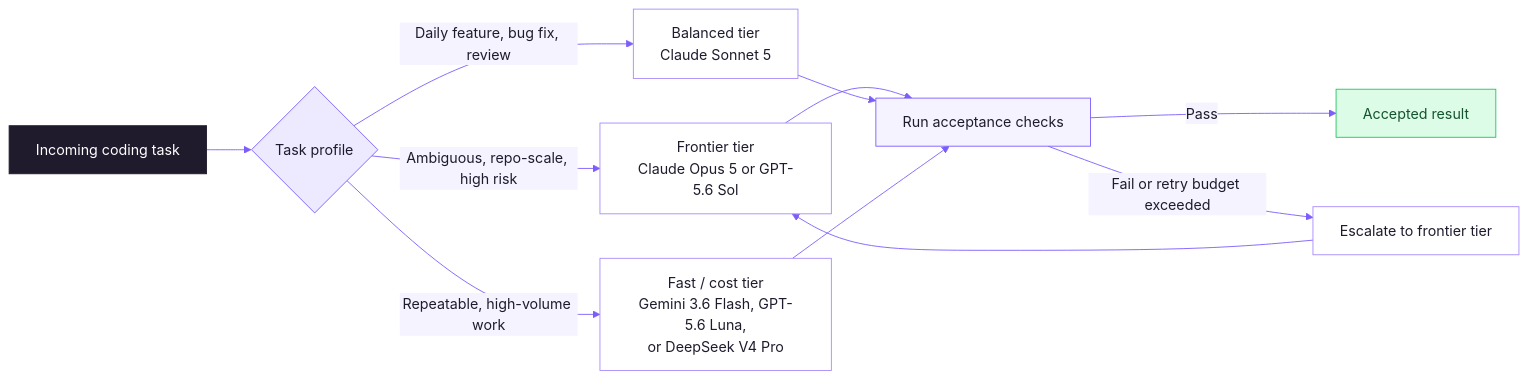
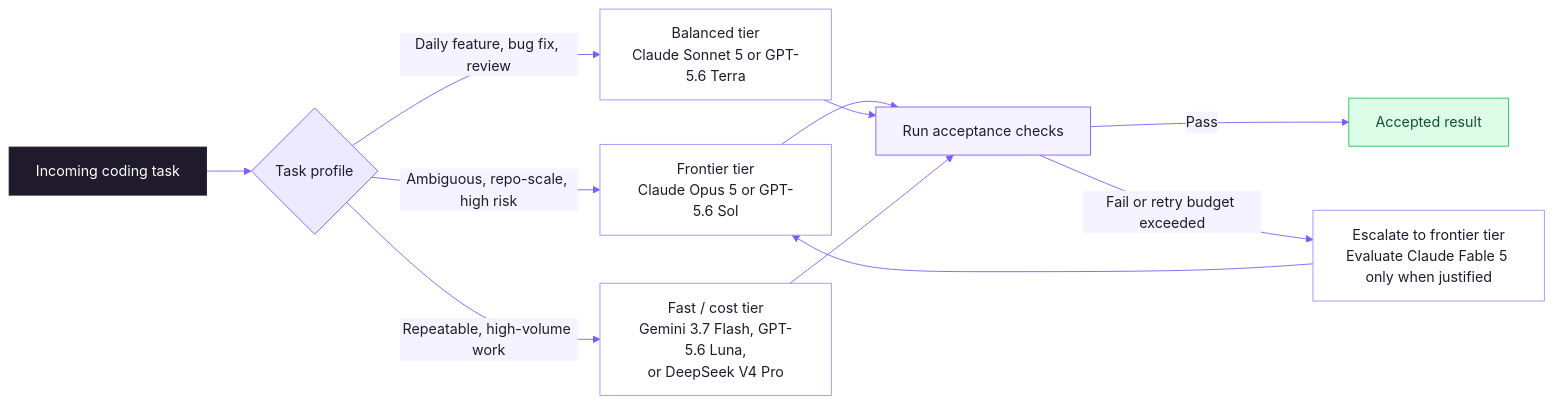
Before and after one commit to tom61-bl/best-llm-for-coding-2026: the diagram in assets/model-routing-framework.mmd, drawn with Mermaid. The commit also changed 8 other files, not shown here.

```diff
--- a/assets/model-routing-framework.mmd
+++ b/assets/model-routing-framework.mmd
@@ -1,24 +1,24 @@
 %%{init: {'theme':'base','themeVariables':{'primaryColor':'#EDE9FE','primaryTextColor':'#1F1B2D','primaryBorderColor':'#7C5CFC','lineColor':'#7C5CFC','secondaryColor':'#F5F3FF','tertiaryColor':'#FFFFFF','fontFamily':'Arial'}}}%%
 flowchart LR
     task[Incoming coding task] --> classify{Task profile}
     classify -->|Ambiguous, repo-scale, high risk| frontier[Frontier tier<br/>Claude Opus 5 or GPT-5.6 Sol]
-    classify -->|Daily feature, bug fix, review| balanced[Balanced tier<br/>Claude Sonnet 5]
-    classify -->|Repeatable, high-volume work| fast[Fast / cost tier<br/>Gemini 3.6 Flash, GPT-5.6 Luna,<br/>or DeepSeek V4 Pro]
+    classify -->|Daily feature, bug fix, review| balanced[Balanced tier<br/>Claude Sonnet 5 or GPT-5.6 Terra]
+    classify -->|Repeatable, high-volume work| fast[Fast / cost tier<br/>Gemini 3.7 Flash, GPT-5.6 Luna,<br/>or DeepSeek V4 Pro]
     frontier --> verify[Run acceptance checks]
     balanced --> verify
     fast --> verify
     verify -->|Pass| accept[Accepted result]
-    verify -->|Fail or retry budget exceeded| escalate[Escalate to frontier tier]
+    verify -->|Fail or retry budget exceeded| escalate[Escalate to frontier tier<br/>Evaluate Claude Fable 5 only when justified]
     escalate --> frontier
 
     classDef task fill:#1F1B2D,stroke:#1F1B2D,color:#FFFFFF;
     classDef decision fill:#EDE9FE,stroke:#7C5CFC,color:#1F1B2D;
     classDef tier fill:#FFFFFF,stroke:#A78BFA,color:#1F1B2D;
     classDef verify fill:#F5F3FF,stroke:#7C5CFC,color:#1F1B2D;
     classDef outcome fill:#DCFCE7,stroke:#22C55E,color:#14532D;
 
     class task task;
     class classify decision;
     class frontier,balanced,fast,escalate tier;
     class verify verify;
     class accept outcome;
```
